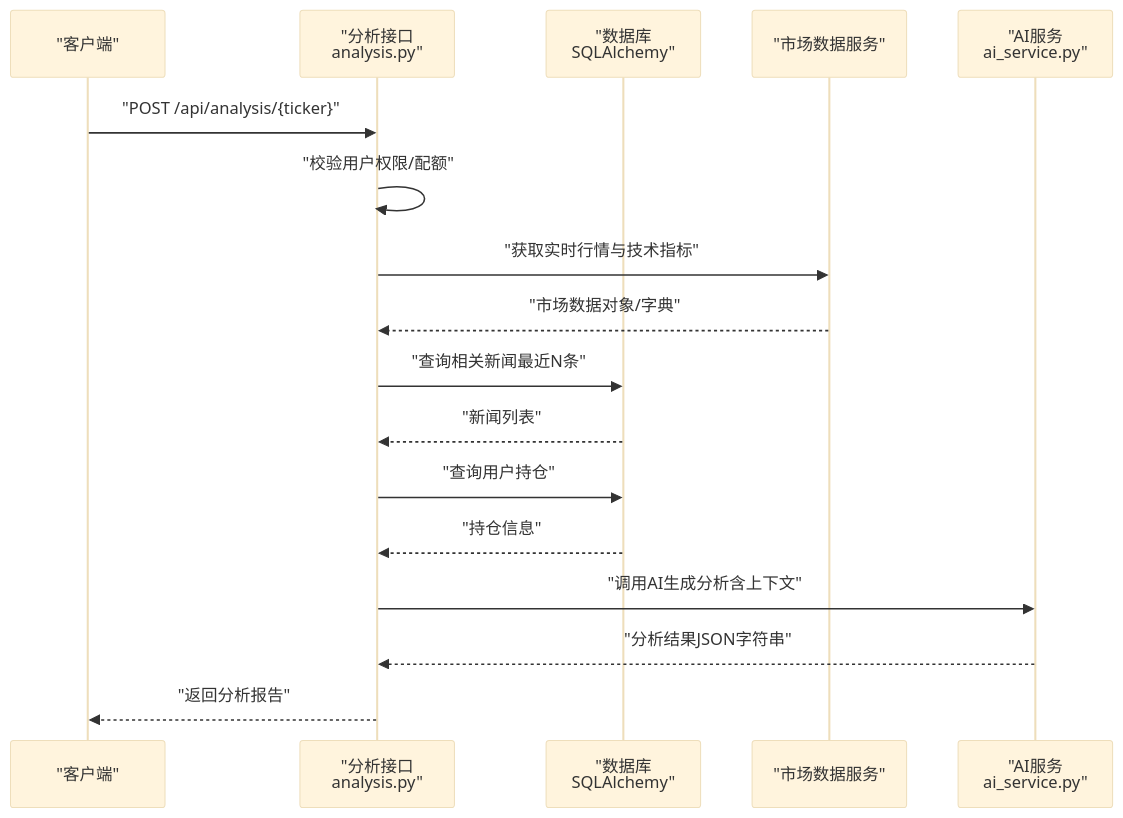
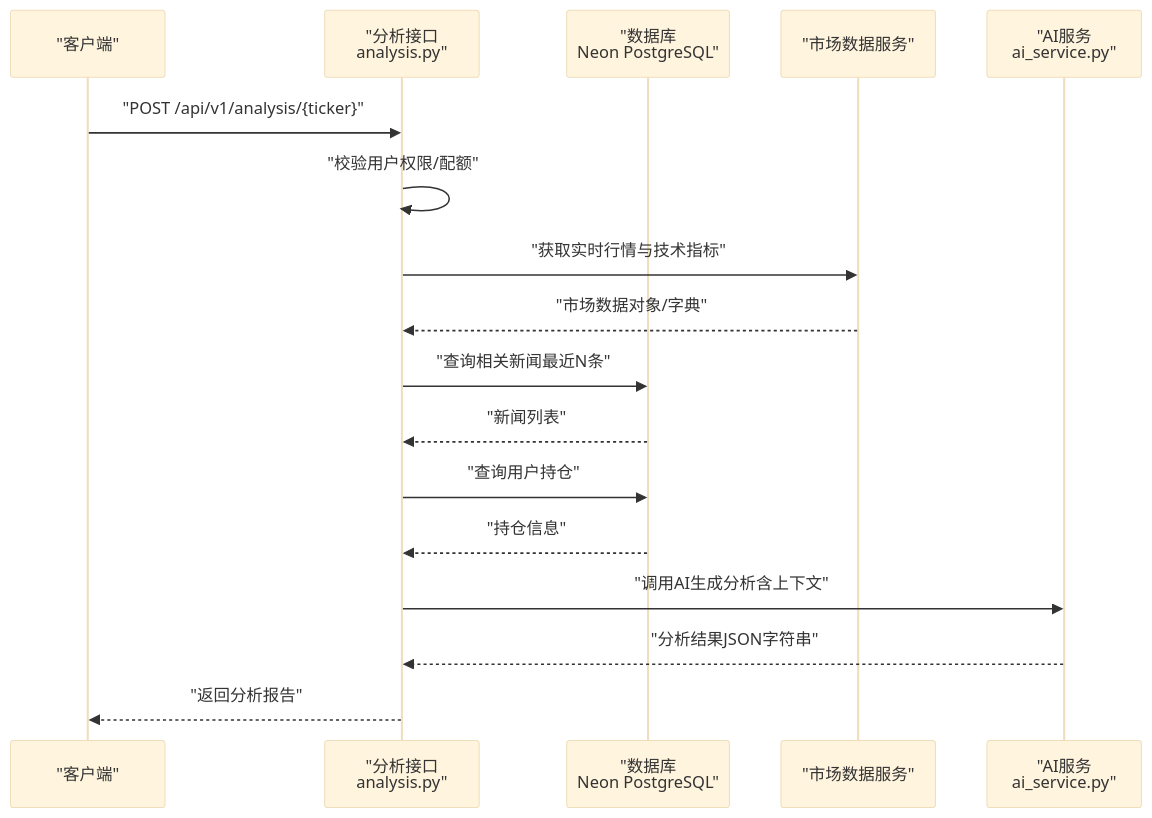
One commit to breeze-lyf/ai-stock-advisor changed the third of 8 diagrams in .qoder/repowiki/zh/content/项目概述/项目概述.md. Above: the diagram before and after it, drawn with Mermaid (base theme). The commit also changed other lines of this file and 43 other files, not shown here.

````diff
--- a/.qoder/repowiki/zh/content/项目概述/项目概述.md
+++ b/.qoder/repowiki/zh/content/项目概述/项目概述.md
@@ -153,19 +188,19 @@
 ```mermaid
 sequenceDiagram
 participant C as "客户端"
 participant A as "分析接口<br/>analysis.py"
-participant D as "数据库<br/>SQLAlchemy"
+participant D as "数据库<br/>Neon PostgreSQL"
 participant M as "市场数据服务"
 participant I as "AI服务<br/>ai_service.py"
-C->>A : "POST /api/analysis/{ticker}"
+C->>A : "POST /api/v1/analysis/{ticker}"
 A->>A : "校验用户权限/配额"
 A->>M : "获取实时行情与技术指标"
 M-->>A : "市场数据对象/字典"
 A->>D : "查询相关新闻最近N条"
 D-->>A : "新闻列表"
 A->>D : "查询用户持仓"
 D-->>A : "持仓信息"
 A->>I : "调用AI生成分析含上下文"
 I-->>A : "分析结果JSON字符串"
 A-->>C : "返回分析报告"
 ```
````
